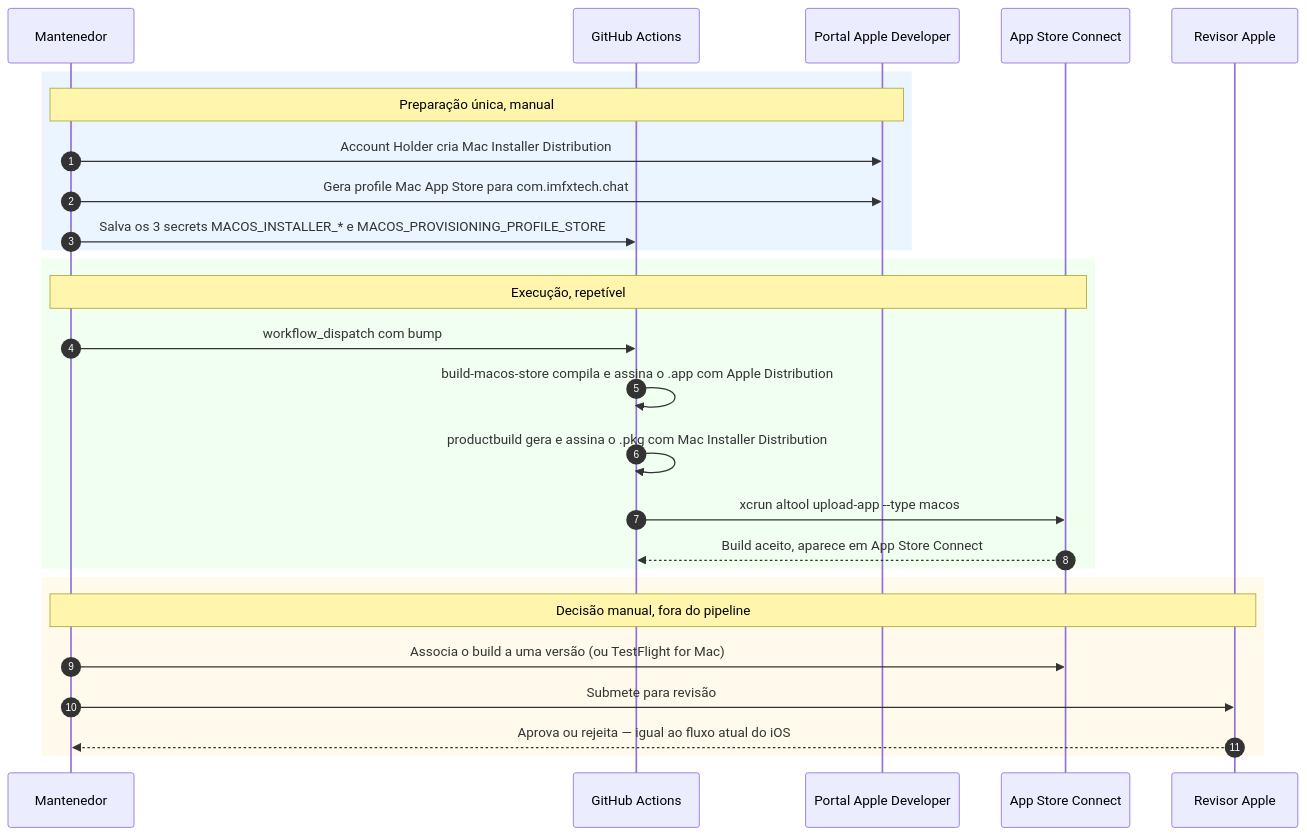
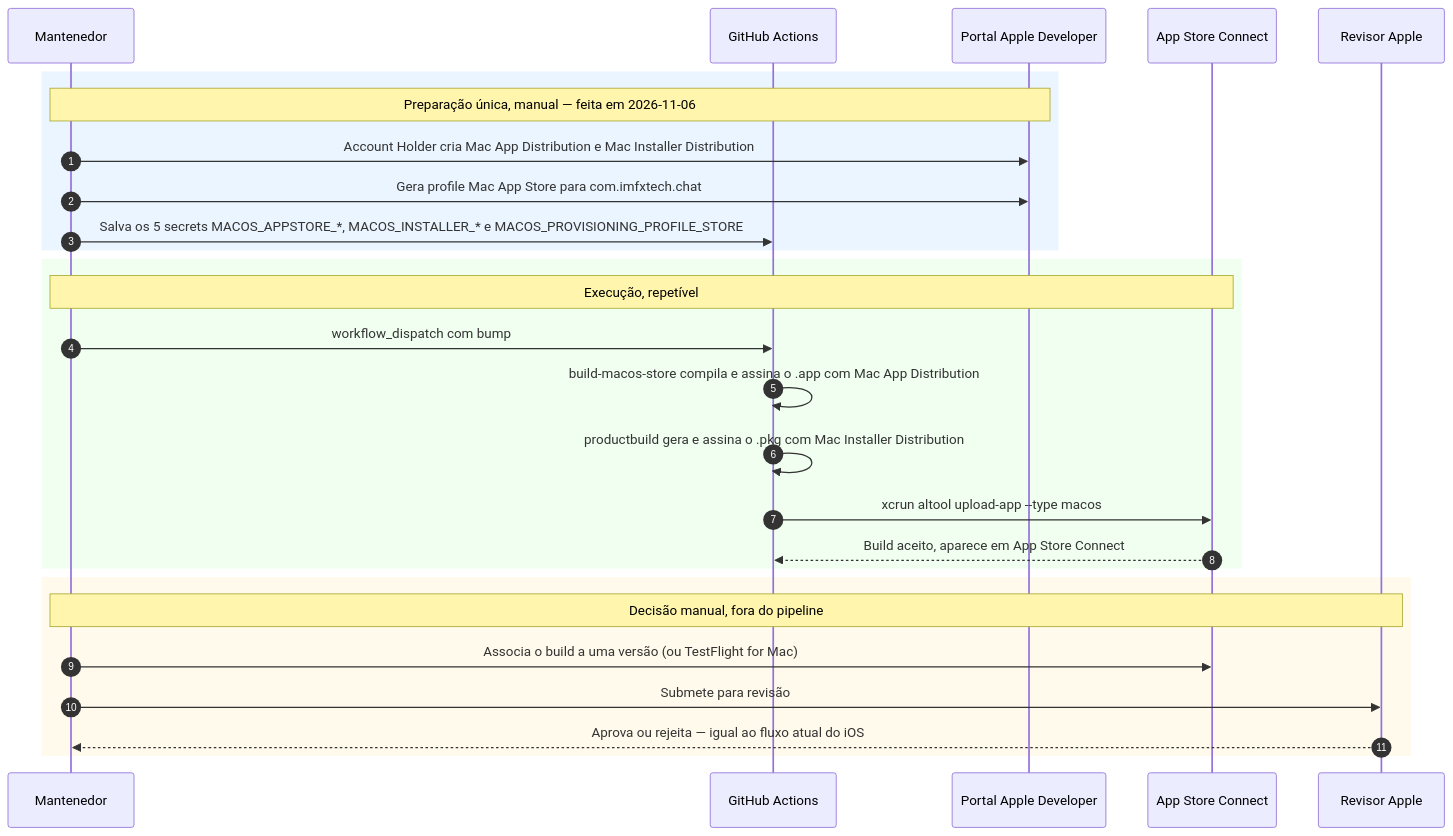
The third of 3 diagrams in docs/MACOS_APPSTORE_RELEASE.md (marcelofmatos/imfxtech-chat), drawn with Mermaid before and after one commit. The commit also changed other lines of this file and 1 other file, not shown here.

First line of the commit message:
fix(macos): usa certificado dedicado pra assinar o app na Mac App Store

````diff
--- a/docs/MACOS_APPSTORE_RELEASE.md
+++ b/docs/MACOS_APPSTORE_RELEASE.md
@@ -156,32 +175,32 @@
 ```mermaid
 sequenceDiagram
     autonumber
     participant M as Mantenedor
     participant GH as GitHub Actions
     participant AP as Portal Apple Developer
     participant ASC as App Store Connect
     participant R as Revisor Apple
 
     rect rgb(235, 245, 255)
-    note over M,AP: Preparação única, manual
-    M->>AP: Account Holder cria Mac Installer Distribution
+    note over M,AP: Preparação única, manual — feita em 2026-11-06
+    M->>AP: Account Holder cria Mac App Distribution e Mac Installer Distribution
     M->>AP: Gera profile Mac App Store para com.imfxtech.chat
-    M->>GH: Salva os 3 secrets MACOS_INSTALLER_* e MACOS_PROVISIONING_PROFILE_STORE
+    M->>GH: Salva os 5 secrets MACOS_APPSTORE_*, MACOS_INSTALLER_* e MACOS_PROVISIONING_PROFILE_STORE
     end
 
     rect rgb(240, 255, 240)
     note over M,ASC: Execução, repetível
     M->>GH: workflow_dispatch com bump
-    GH->>GH: build-macos-store compila e assina o .app com Apple Distribution
+    GH->>GH: build-macos-store compila e assina o .app com Mac App Distribution
     GH->>GH: productbuild gera e assina o .pkg com Mac Installer Distribution
     GH->>ASC: xcrun altool upload-app --type macos
     ASC-->>GH: Build aceito, aparece em App Store Connect
     end
 
     rect rgb(255, 250, 235)
     note over M,R: Decisão manual, fora do pipeline
     M->>ASC: Associa o build a uma versão (ou TestFlight for Mac)
     M->>R: Submete para revisão
     R-->>M: Aprova ou rejeita — igual ao fluxo atual do iOS
     end
 ```
````
